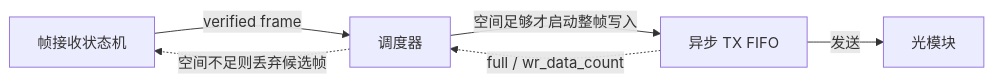
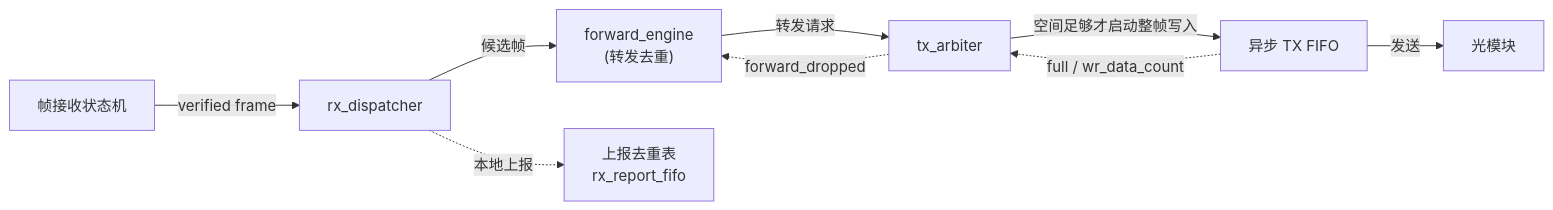
The seventh of 7 diagrams in docs/architecture.md (RBzhang/network_8), drawn with Mermaid before and after one commit. The commit also changed other lines of this file and 12 other files, not shown here.

````diff
--- a/docs/architecture.md
+++ b/docs/architecture.md
@@ -316,8 +321,11 @@
 ```mermaid
 flowchart LR
-    SM["帧接收状态机"] -->|"verified frame"| SCH["调度器"]
-    SCH -->|"空间足够才启动整帧写入"| TXF["异步 TX FIFO"]
+    SM["帧接收状态机"] -->|"verified frame"| RD["rx_dispatcher"]
+    RD -->|"候选帧"| FE["forward_engine<br/>(转发去重)"]
+    RD -.->|"本地上报"| RPT["上报去重表<br/>rx_report_fifo"]
+    FE -->|"转发请求"| TA["tx_arbiter"]
+    TA -->|"空间足够才启动整帧写入"| TXF["异步 TX FIFO"]
     TXF -->|"发送"| OPT["光模块"]
-    TXF -.->|"full / wr_data_count"| SCH
-    SCH -.->|"空间不足则丢弃候选帧"| SM
+    TXF -.->|"full / wr_data_count"| TA
+    TA -.->|"forward_dropped"| FE
 ```
````
